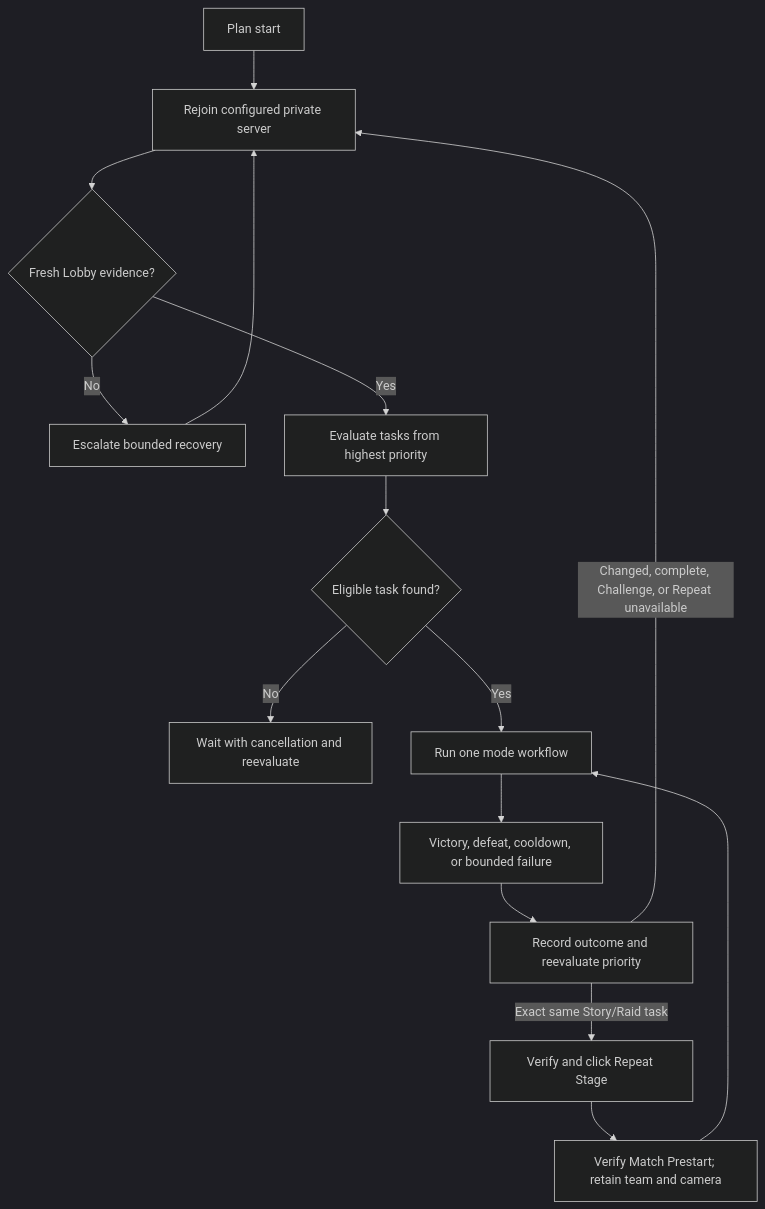
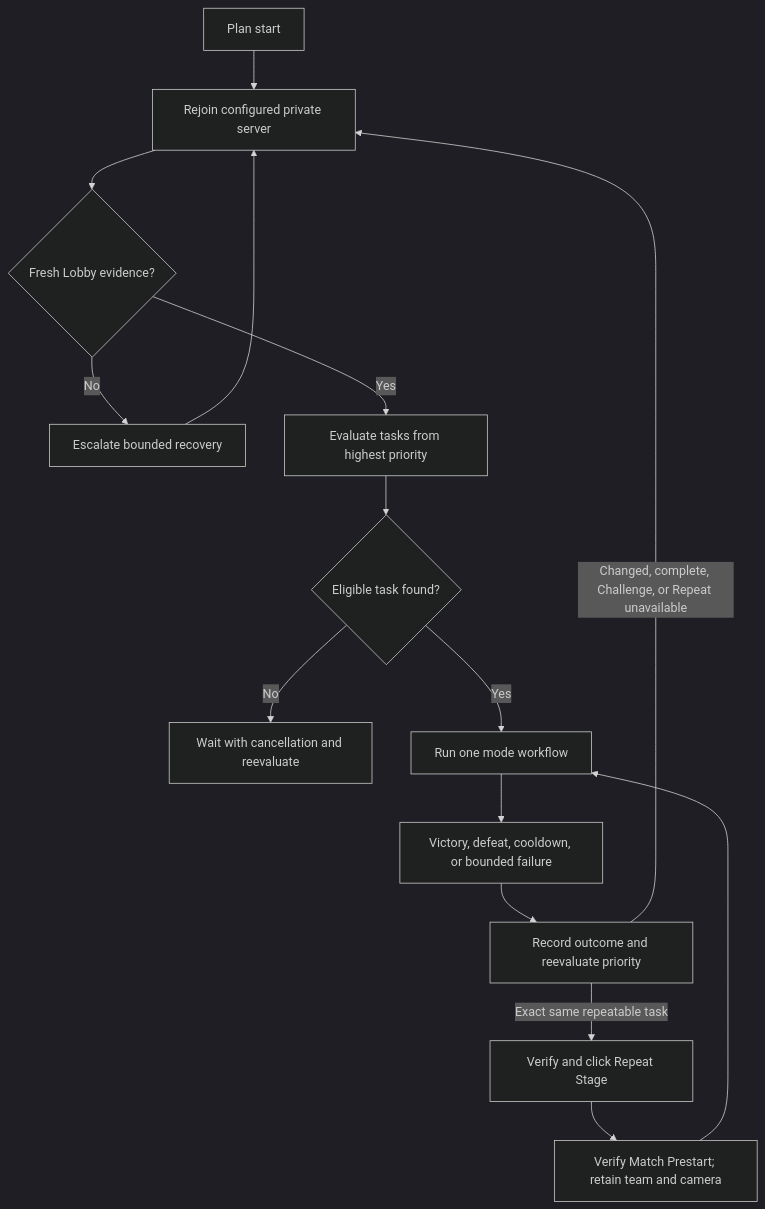
Before and after one commit to LeniLilac/LilacMacro: the diagram in docs/MACRO-ARCHITECTURE.md, drawn with Mermaid (dark theme). The commit also changed other lines of this file and 155 other files, not shown here.

````diff
--- a/docs/MACRO-ARCHITECTURE.md
+++ b/docs/MACRO-ARCHITECTURE.md
@@ -9,17 +9,17 @@
 ```mermaid
 flowchart TD
     A["Plan start"] --> B["Rejoin configured private server"]
     B --> C{"Fresh Lobby evidence?"}
     C -- "No" --> D["Escalate bounded recovery"]
     D --> B
     C -- "Yes" --> E["Evaluate tasks from highest priority"]
     E --> F{"Eligible task found?"}
     F -- "No" --> G["Wait with cancellation and reevaluate"]
     F -- "Yes" --> H["Run one mode workflow"]
     H --> I["Victory, defeat, cooldown, or bounded failure"]
     I --> J["Record outcome and reevaluate priority"]
-    J -- "Exact same Story/Raid task" --> K["Verify and click Repeat Stage"]
+    J -- "Exact same repeatable task" --> K["Verify and click Repeat Stage"]
     K --> L["Verify Match Prestart; retain team and camera"]
     L --> H
     J -- "Changed, complete, Challenge, or Repeat unavailable" --> B
 ```
````
